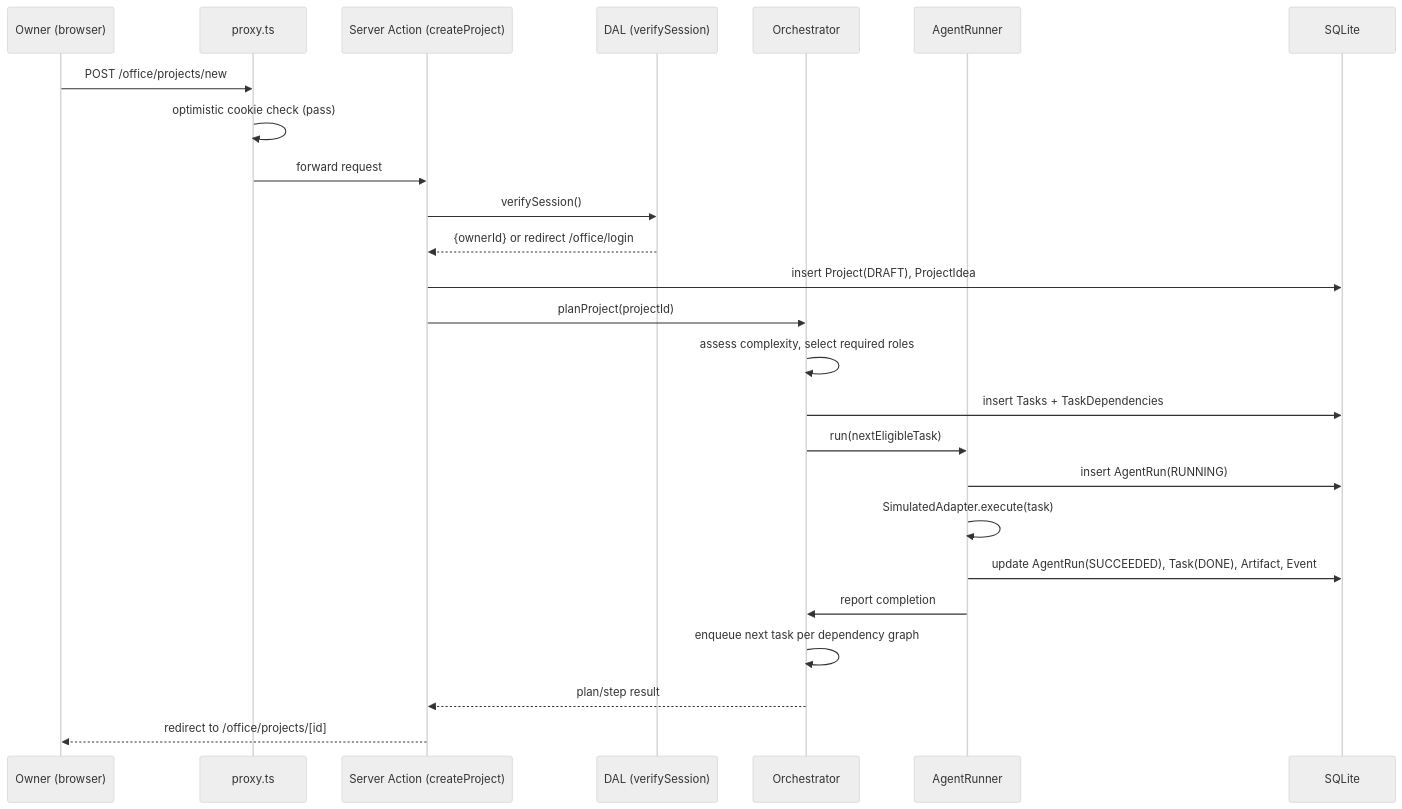
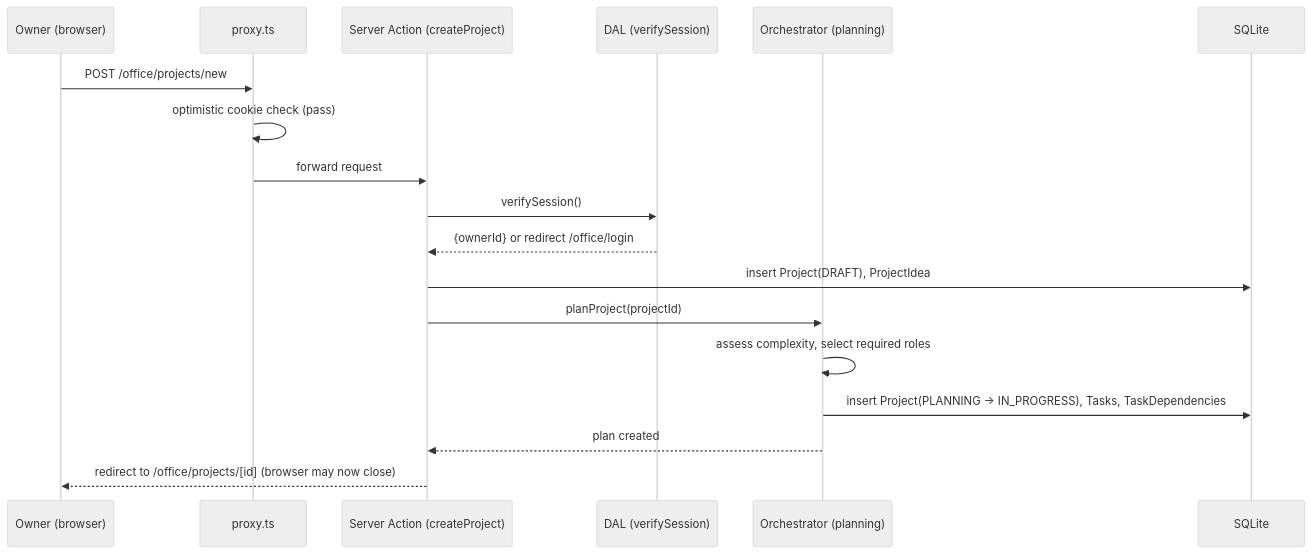
Before and after one commit to ravitejatravelsoul/Ravitejavemulapelli: the second of 3 diagrams in docs/ai-office/03-system-architecture.md, drawn with Mermaid (neutral theme). The commit also changed other lines of this file and 15 other files, not shown here.

````diff
--- a/docs/ai-office/03-system-architecture.md
+++ b/docs/ai-office/03-system-architecture.md
@@ -91,28 +101,21 @@
 ```mermaid
 sequenceDiagram
     participant O as Owner (browser)
     participant P as proxy.ts
     participant S as Server Action (createProject)
     participant D as DAL (verifySession)
-    participant OR as Orchestrator
-    participant AR as AgentRunner
+    participant OR as Orchestrator (planning)
     participant DB as SQLite
 
     O->>P: POST /office/projects/new
     P->>P: optimistic cookie check (pass)
     P->>S: forward request
     S->>D: verifySession()
     D-->>S: {ownerId} or redirect /office/login
     S->>DB: insert Project(DRAFT), ProjectIdea
     S->>OR: planProject(projectId)
     OR->>OR: assess complexity, select required roles
-    OR->>DB: insert Tasks + TaskDependencies
-    OR->>AR: run(nextEligibleTask)
-    AR->>DB: insert AgentRun(RUNNING)
-    AR->>AR: SimulatedAdapter.execute(task)
-    AR->>DB: update AgentRun(SUCCEEDED), Task(DONE), Artifact, Event
-    AR->>OR: report completion
-    OR->>OR: enqueue next task per dependency graph
-    OR-->>S: plan/step result
-    S-->>O: redirect to /office/projects/[id]
+    OR->>DB: insert Project(PLANNING → IN_PROGRESS), Tasks, TaskDependencies
+    OR-->>S: plan created
+    S-->>O: redirect to /office/projects/[id] (browser may now close)
 ```
````
